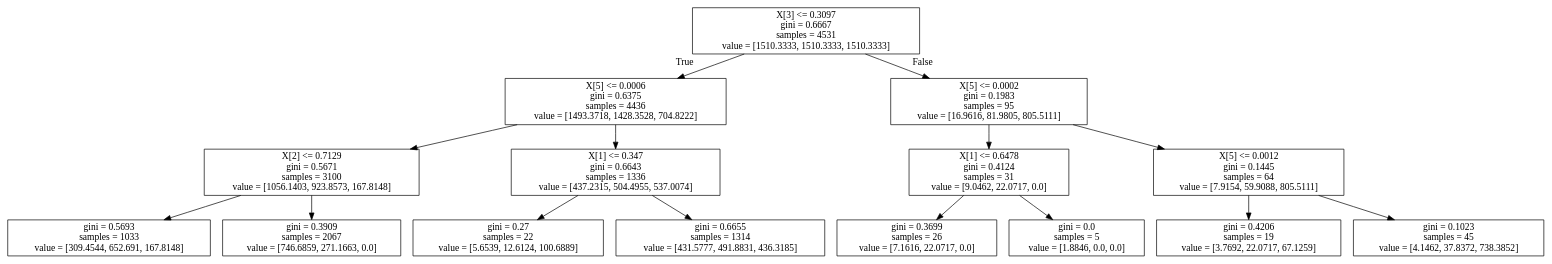
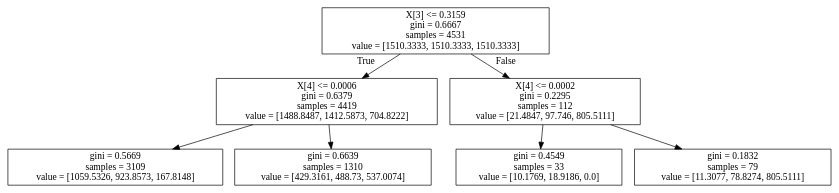
Before and after one commit to Yuanyuan-Shi/PowerOutagePredictor: the diagram in PowerOutagePredictor/Tree/tree_all_nor.dot, drawn with Graphviz. The commit also changed 31 other files, not shown here.

```diff
--- a/PowerOutagePredictor/Tree/tree_all_nor.dot
+++ b/PowerOutagePredictor/Tree/tree_all_nor.dot
@@ -1,32 +1,16 @@
 digraph Tree {
 node [shape=box] ;
-0 [label="X[3] <= 0.3097\ngini = 0.6667\nsamples = 4531\nvalue = [1510.3333, 1510.3333, 1510.3333]"] ;
-1 [label="X[5] <= 0.0006\ngini = 0.6375\nsamples = 4436\nvalue = [1493.3718, 1428.3528, 704.8222]"] ;
+0 [label="X[3] <= 0.3159\ngini = 0.6667\nsamples = 4531\nvalue = [1510.3333, 1510.3333, 1510.3333]"] ;
+1 [label="X[4] <= 0.0006\ngini = 0.6379\nsamples = 4419\nvalue = [1488.8487, 1412.5873, 704.8222]"] ;
 0 -> 1 [labeldistance=2.5, labelangle=45, headlabel="True"] ;
-2 [label="X[2] <= 0.7129\ngini = 0.5671\nsamples = 3100\nvalue = [1056.1403, 923.8573, 167.8148]"] ;
+2 [label="gini = 0.5669\nsamples = 3109\nvalue = [1059.5326, 923.8573, 167.8148]"] ;
 1 -> 2 ;
-3 [label="gini = 0.5693\nsamples = 1033\nvalue = [309.4544, 652.691, 167.8148]"] ;
-2 -> 3 ;
-4 [label="gini = 0.3909\nsamples = 2067\nvalue = [746.6859, 271.1663, 0.0]"] ;
-2 -> 4 ;
-5 [label="X[1] <= 0.347\ngini = 0.6643\nsamples = 1336\nvalue = [437.2315, 504.4955, 537.0074]"] ;
-1 -> 5 ;
-6 [label="gini = 0.27\nsamples = 22\nvalue = [5.6539, 12.6124, 100.6889]"] ;
-5 -> 6 ;
-7 [label="gini = 0.6655\nsamples = 1314\nvalue = [431.5777, 491.8831, 436.3185]"] ;
-5 -> 7 ;
-8 [label="X[5] <= 0.0002\ngini = 0.1983\nsamples = 95\nvalue = [16.9616, 81.9805, 805.5111]"] ;
-0 -> 8 [labeldistance=2.5, labelangle=-45, headlabel="False"] ;
-9 [label="X[1] <= 0.6478\ngini = 0.4124\nsamples = 31\nvalue = [9.0462, 22.0717, 0.0]"] ;
-8 -> 9 ;
-10 [label="gini = 0.3699\nsamples = 26\nvalue = [7.1616, 22.0717, 0.0]"] ;
-9 -> 10 ;
-11 [label="gini = 0.0\nsamples = 5\nvalue = [1.8846, 0.0, 0.0]"] ;
-9 -> 11 ;
-12 [label="X[5] <= 0.0012\ngini = 0.1445\nsamples = 64\nvalue = [7.9154, 59.9088, 805.5111]"] ;
-8 -> 12 ;
-13 [label="gini = 0.4206\nsamples = 19\nvalue = [3.7692, 22.0717, 67.1259]"] ;
-12 -> 13 ;
-14 [label="gini = 0.1023\nsamples = 45\nvalue = [4.1462, 37.8372, 738.3852]"] ;
-12 -> 14 ;
+3 [label="gini = 0.6639\nsamples = 1310\nvalue = [429.3161, 488.73, 537.0074]"] ;
+1 -> 3 ;
+4 [label="X[4] <= 0.0002\ngini = 0.2295\nsamples = 112\nvalue = [21.4847, 97.746, 805.5111]"] ;
+0 -> 4 [labeldistance=2.5, labelangle=-45, headlabel="False"] ;
+5 [label="gini = 0.4549\nsamples = 33\nvalue = [10.1769, 18.9186, 0.0]"] ;
+4 -> 5 ;
+6 [label="gini = 0.1832\nsamples = 79\nvalue = [11.3077, 78.8274, 805.5111]"] ;
+4 -> 6 ;
 }
```
